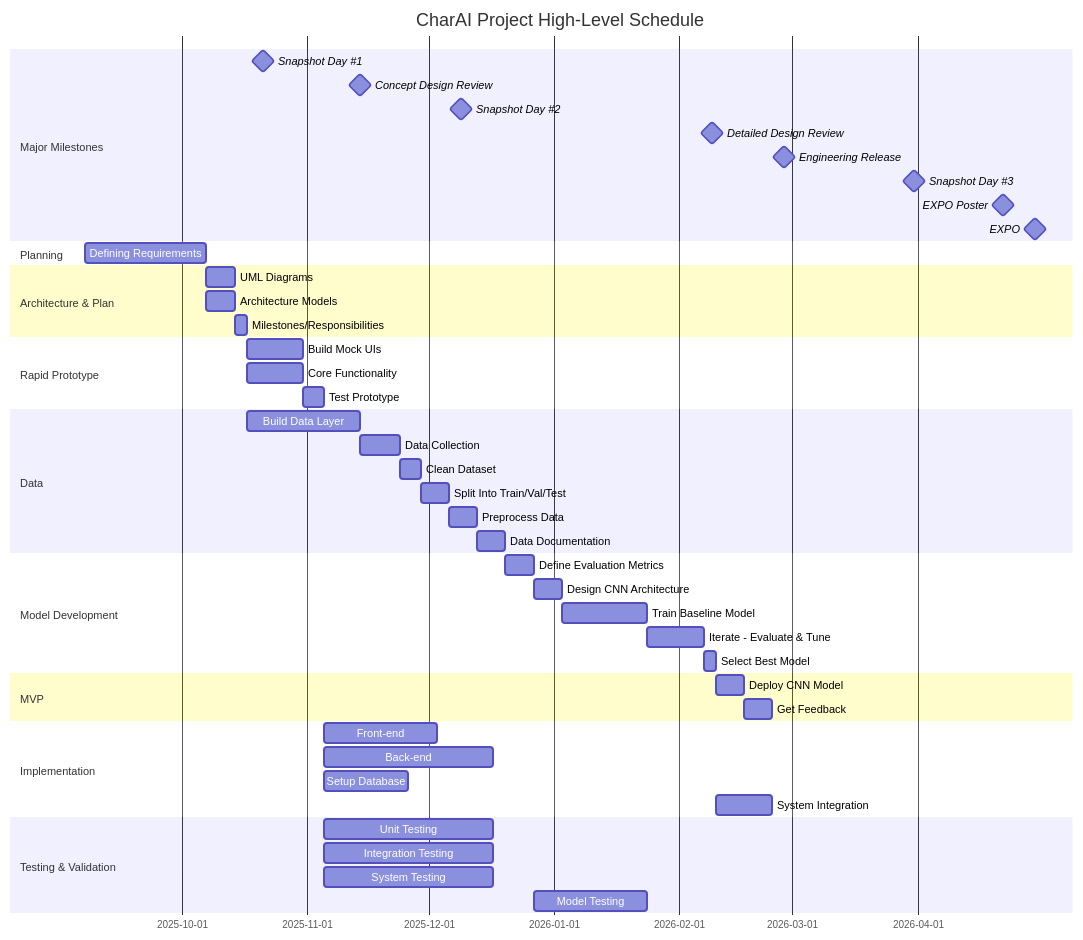
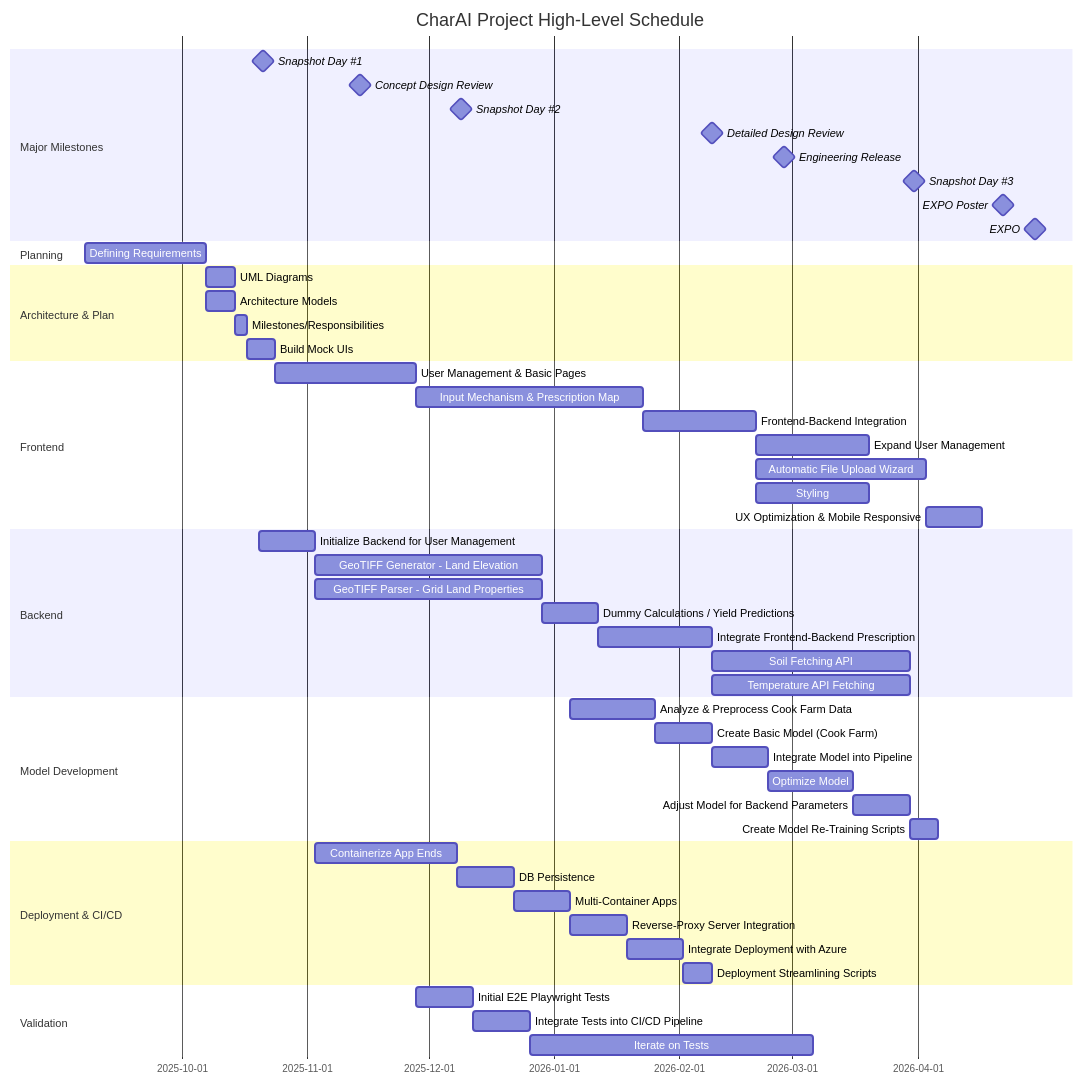
The diagram in docs/03_Project_Management/Schedule/Gantt.mmd (JosephPBaruch/CharAI), drawn with Mermaid before and after one commit. The commit also changed 2 other files, not shown here.

Commit message:
update final schedule

```diff
--- a/docs/03_Project_Management/Schedule/Gantt.mmd
+++ b/docs/03_Project_Management/Schedule/Gantt.mmd
@@ -1,48 +1,58 @@
 gantt
-    title CharAI Project High-Level Schedule
-    dateFormat  YYYY-MM-DD
-    section Major Milestones
-    Snapshot Day #1          :milestone, sd1, 2025-10-21, 0d
-    Concept Design Review    :milestone, cdr, 2025-11-14, 0d
-    Snapshot Day #2          :milestone, sd2, 2025-12-9, 0d
-    Detailed Design Review   :milestone, ddr, 2026-2-9, 0d
-    Engineering Release      :milestone, eng, 2026-2-27, 0d
-    Snapshot Day #3          :milestone, sd3, 2026-3-31, 0d
-    EXPO Poster              :milestone, poster, 2026-4-22, 0d
-    EXPO                     :milestone, expo, 2026-4-30, 0d
-    section Planning
-    Defining Requirements     :reqs, 2025-9-7, 30d
-    section Architecture & Plan
-    UML Diagrams              :uml, after reqs, 1w
-    Architecture Models       :arch, after reqs, 1w
-    Milestones/Responsibilities :sresp, after uml arch, 3d
-    section Rapid Prototype
-    Build Mock UIs            :mock, after sresp, 2w
-    Core Functionality        :core, after sresp, 2w
-    Test Prototype            :tprot, after core, 5d
-    section Data
-    Build Data Layer          :data, after sresp, 4w
-    Data Collection           :prep, after data, 10d
-    Clean Dataset             :dat1, after prep, 5d
-    Split Into Train/Val/Test :dat2, after dat1, 1w
-    Preprocess Data           :dat3, after dat2, 1w
-    Data Documentation        :dat4, after dat3, 1w
-    section Model Development
-    Define Evaluation Metrics :modl1, after dat4, 1w
-    Design CNN Architecture   :modl2, after modl1, 1w
-    Train Baseline Model      :modl3, after modl2, 3w
-    Iterate - Evaluate & Tune :modl4, after modl3, 2w
-    Select Best Model         :modl5, after modl4, 3d
-    section MVP
-    Deploy CNN Model          :mvp, after modl5, 1w
-    Get Feedback              :fdbck, after mvp, 1w
-    section Implementation
-    Front-end                 :frnt, after tprot, 4w
-    Back-end                  :back, after tprot, 6w
-    Setup Database            :db, after tprot, 3w
-    System Integration        :sysint, after modl5 frnt back db, 2w
-    section Testing & Validation
-    Unit Testing              :utest, after tprot, 6w
-    Integration Testing       :itest, after tprot, 6w
-    System Testing            :stest, after tprot, 6w
-    Model Testing             :mtest, after modl1, 4w
+title CharAI Project High-Level Schedule
+dateFormat  YYYY-MM-DD
+section Major Milestones
+Snapshot Day #1              :milestone, sd1, 2025-10-21, 0d
+Concept Design Review        :milestone, cdr, 2025-11-14, 0d
+Snapshot Day #2              :milestone, sd2, 2025-12-09, 0d
+Detailed Design Review       :milestone, ddr, 2026-02-09, 0d
+Engineering Release          :milestone, eng, 2026-02-27, 0d
+Snapshot Day #3              :milestone, sd3, 2026-03-31, 0d
+EXPO Poster                  :milestone, poster, 2026-04-22, 0d
+EXPO                         :milestone, expo, 2026-04-30, 0d
+section Planning
+Defining Requirements        :reqs, 2025-09-07, 30d
+section Architecture & Plan
+UML Diagrams                 :uml, after reqs, 1w
+Architecture Models          :arch, after reqs, 1w
+Milestones/Responsibilities  :sresp, after uml arch, 3d
+Build Mock UIs               :mock, after sresp, 1w
+
+section Frontend
+User Management & Basic Pages        :frnt1, after mock, 5w
+Input Mechanism & Prescription Map   :frnt2, after frnt1, 8w
+Frontend-Backend Integration         :frnt3, after frnt2, 4w
+Expand User Management               :frnt4, after frnt3, 4w
+Automatic File Upload Wizard         :frnt5, after frnt3, 6w
+Styling                              :frnt6, after frnt3, 4w
+UX Optimization & Mobile Responsive  :frnt7, after frnt4 frnt5 frnt6, 2w
+
+section Backend
+Initialize Backend for User Management   :back1, 2025-10-20, 2w
+GeoTIFF Generator - Land Elevation       :back2, after back1, 8w
+GeoTIFF Parser - Grid Land Properties    :back3, after back1, 8w
+Dummy Calculations / Yield Predictions   :back4, after back3, 2w
+Integrate Frontend-Backend Prescription  :back5, after back4, 4w
+Soil Fetching API                        :back6, after back5, 7w
+Temperature API Fetching                 :back7, after back5, 7w
+
+section Model Development
+Analyze & Preprocess Cook Farm Data  :modl1, 2026-01-05, 3w
+Create Basic Model (Cook Farm)       :modl2, after modl1, 2w
+Integrate Model into Pipeline        :modl3, after modl2, 2w
+Optimize Model                       :modl4, after modl3, 3w
+Adjust Model for Backend Parameters  :modl5, after modl4, 2w
+Create Model Re-Training Scripts     :modl6, after modl5, 1w
+
+section Deployment & CI/CD
+Containerize App Ends                :dep1, after back1, 5w
+DB Persistence                       :dep2, after dep1, 2w
+Multi-Container Apps                 :dep3, after dep2, 2w
+Reverse-Proxy Server Integration     :dep4, after dep3, 2w
+Integrate Deployment with Azure      :dep5, after dep4, 2w
+Deployment Streamlining Scripts      :dep6, after dep5, 1w
+
+section Validation
+Initial E2E Playwright Tests         :val1, after frnt1, 2w
+Integrate Tests into CI/CD Pipeline  :val2, after val1 dep1, 2w
+Iterate on Tests                     :val3, after val2, 10w
```
